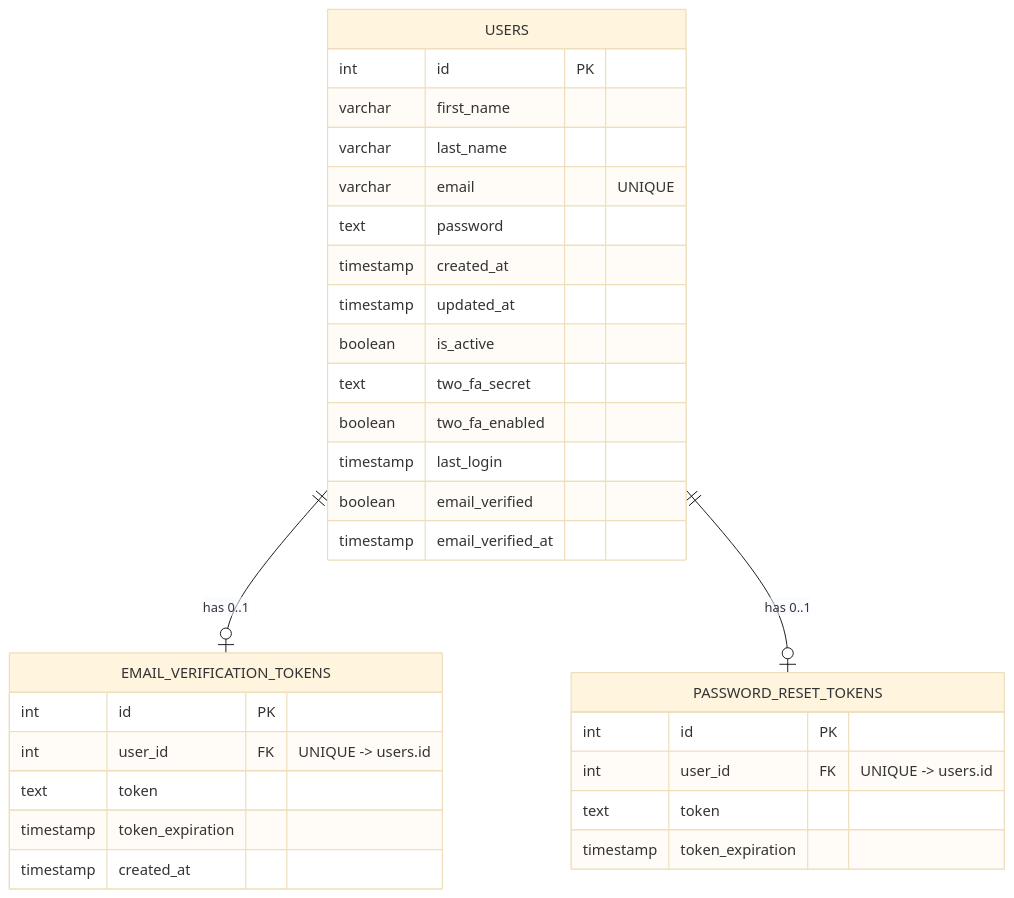
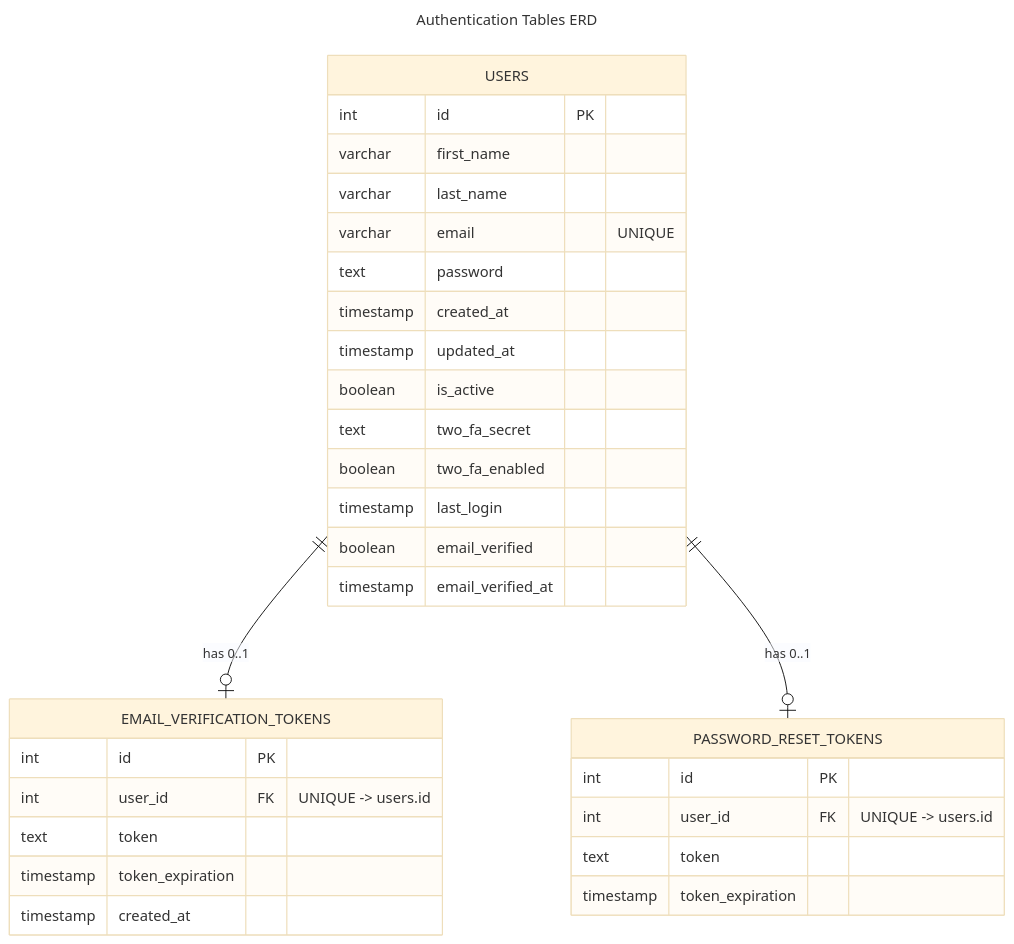
Before and after one commit to CaliforniaDev/splitshifts-next-repo: the diagram in docs/erd/auth-tables.mmd, drawn with Mermaid (base theme).

Commit message:
feat(erd): add title section to authentication tables ERD for clarity

```diff
--- a/docs/erd/auth-tables.mmd
+++ b/docs/erd/auth-tables.mmd
@@ -1,34 +1,38 @@
+---
+title: Authentication Tables ERD
+---
+
 erDiagram
   USERS ||--o| EMAIL_VERIFICATION_TOKENS : "has 0..1"
   USERS ||--o| PASSWORD_RESET_TOKENS     : "has 0..1"
 
   USERS {
     int      id PK
     varchar  first_name
     varchar  last_name
     varchar  email  "UNIQUE"
     text     password
     timestamp created_at
     timestamp updated_at
     boolean  is_active
     text     two_fa_secret
     boolean  two_fa_enabled
     timestamp last_login
     boolean  email_verified
     timestamp email_verified_at
   }
 
   EMAIL_VERIFICATION_TOKENS {
     int       id PK
     int       user_id FK "UNIQUE -> users.id"
     text      token
     timestamp token_expiration
     timestamp created_at
   }
 
   PASSWORD_RESET_TOKENS {
     int       id PK 
     int       user_id FK "UNIQUE -> users.id"
     text      token
     timestamp token_expiration
   }
```
